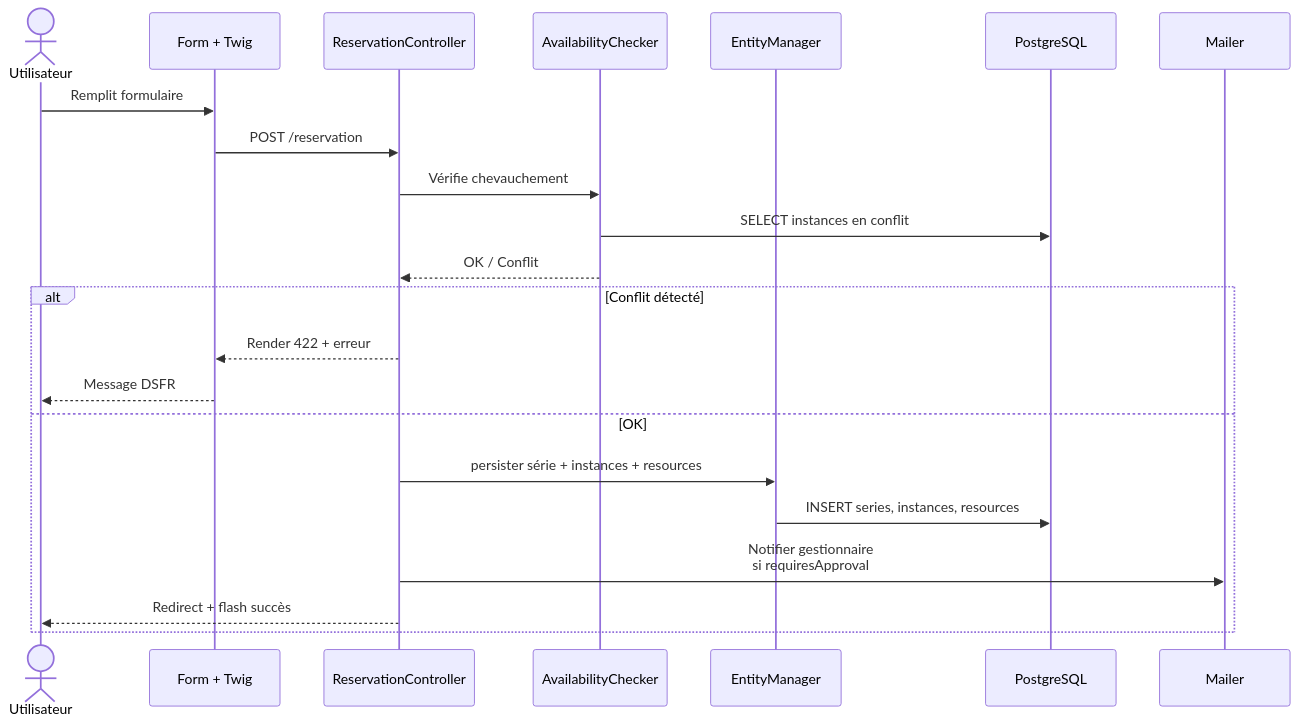
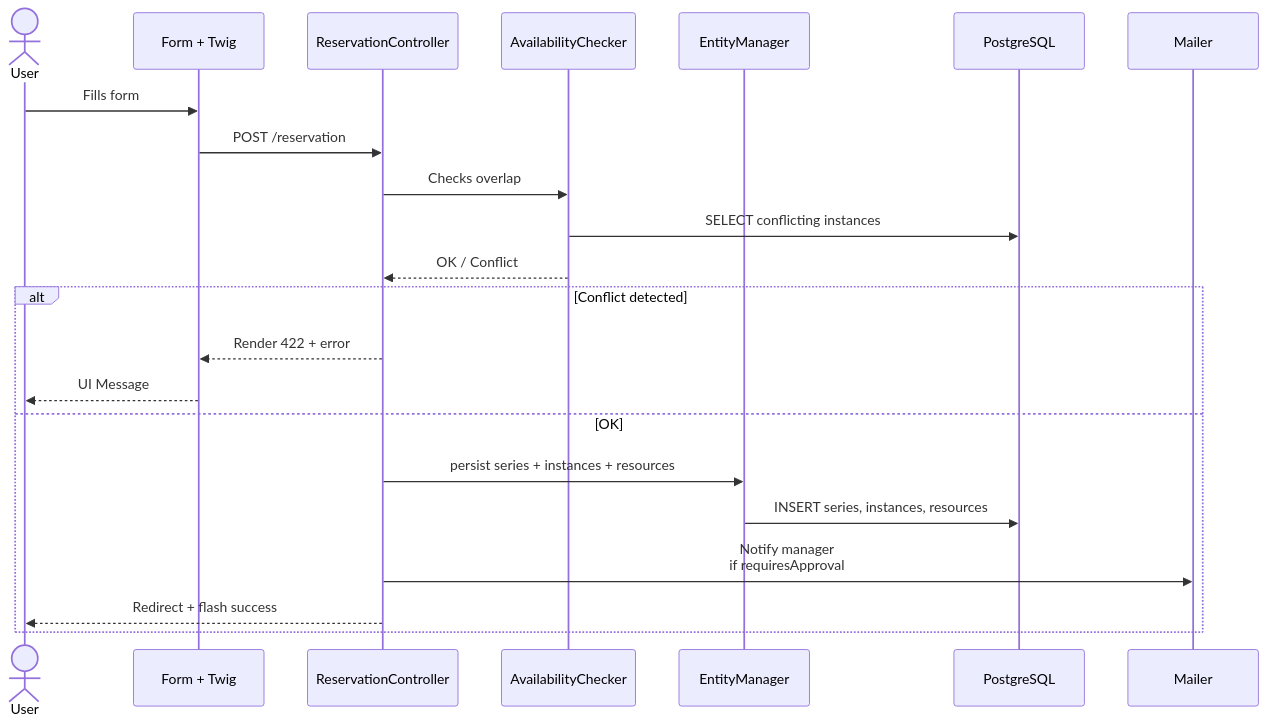
One commit to Betus971/Librebooking-Symfony changed the fourth of 5 diagrams in docs/01-architecture.md. Above: the diagram before and after it, drawn with Mermaid. The commit also changed other lines of this file and 261 other files, not shown here.

Commit message:
feat: initial open source release with modern stack, Tailwind v4 and generic architecture

````diff
--- a/docs/01-architecture.md
+++ b/docs/01-architecture.md
@@ -385,25 +278,25 @@
 ```mermaid
 sequenceDiagram
-    actor U as Utilisateur
+    actor U as User
     participant F as Form + Twig
     participant C as ReservationController
     participant A as AvailabilityChecker
     participant EM as EntityManager
     participant DB as PostgreSQL
     participant M as Mailer
 
-    U->>F: Remplit formulaire
+    U->>F: Fills form
     F->>C: POST /reservation
-    C->>A: Vérifie chevauchement
-    A->>DB: SELECT instances en conflit
-    A-->>C: OK / Conflit
-    alt Conflit détecté
-        C-->>F: Render 422 + erreur
-        F-->>U: Message DSFR
+    C->>A: Checks overlap
+    A->>DB: SELECT conflicting instances
+    A-->>C: OK / Conflict
+    alt Conflict detected
+        C-->>F: Render 422 + error
+        F-->>U: UI Message
     else OK
-        C->>EM: persister série + instances + resources
+        C->>EM: persist series + instances + resources
         EM->>DB: INSERT series, instances, resources
-        C->>M: Notifier gestionnaire<br>si requiresApproval
-        C-->>U: Redirect + flash succès
+        C->>M: Notify manager<br>if requiresApproval
+        C-->>U: Redirect + flash success
     end
 ```
````
